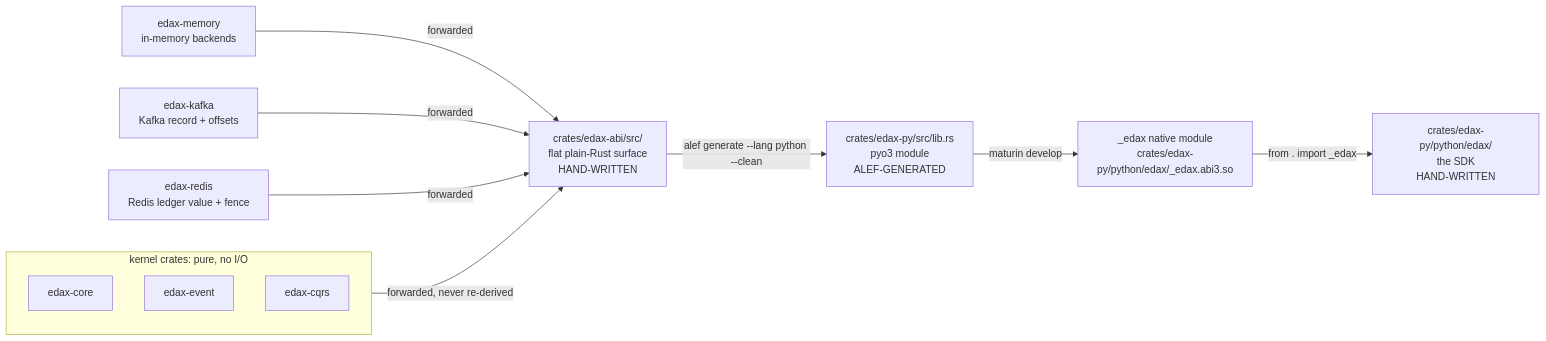
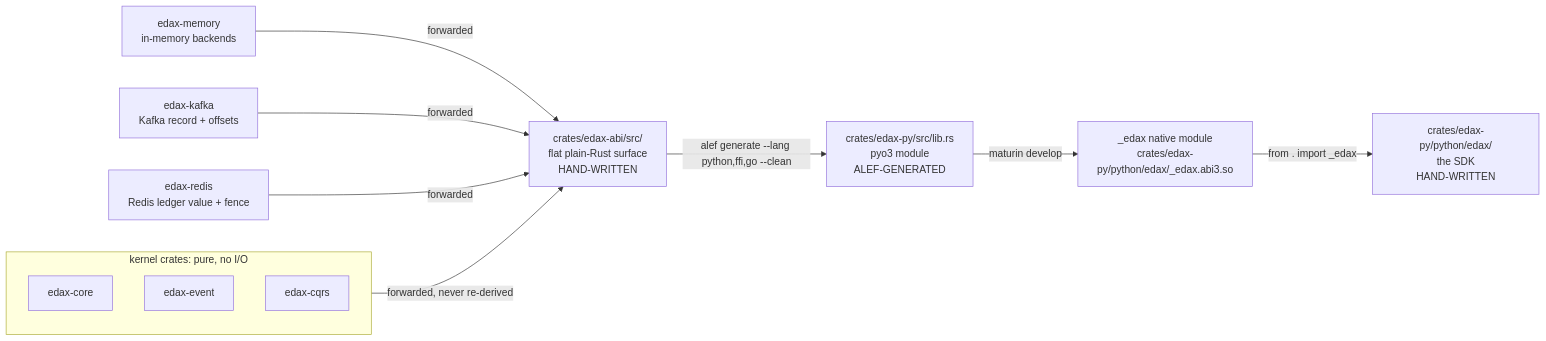
One commit to haskian/edax changed the third of 3 diagrams in docs/guides/getting-started.md. Above: the diagram before and after it, drawn with Mermaid. The commit also changed other lines of this file and 154 other files, not shown here.

````diff
--- a/docs/guides/getting-started.md
+++ b/docs/guides/getting-started.md
@@ -287,24 +289,24 @@
 ```mermaid
 flowchart LR
     subgraph kernels["kernel crates: pure, no I/O"]
         direction TB
         K1["edax-core"]
         K2["edax-event"]
         K3["edax-cqrs"]
     end
     MEM["edax-memory<br/>in-memory backends"]
     KAF["edax-kafka<br/>Kafka record + offsets"]
     RED["edax-redis<br/>Redis ledger value + fence"]
     ABI["crates/edax-abi/src/<br/>flat plain-Rust surface<br/>HAND-WRITTEN"]
     GEN["crates/edax-py/src/lib.rs<br/>pyo3 module<br/>ALEF-GENERATED"]
     SO["_edax native module<br/>crates/edax-py/python/edax/_edax.abi3.so"]
     PKG["crates/edax-py/python/edax/<br/>the SDK<br/>HAND-WRITTEN"]
 
     kernels -->|"forwarded, never re-derived"| ABI
     MEM -->|"forwarded"| ABI
     KAF -->|"forwarded"| ABI
     RED -->|"forwarded"| ABI
-    ABI -->|"alef generate --lang python --clean"| GEN
+    ABI -->|"alef generate --lang python,ffi,go --clean"| GEN
     GEN -->|"maturin develop"| SO
     SO -->|"from . import _edax"| PKG
 ```
````
